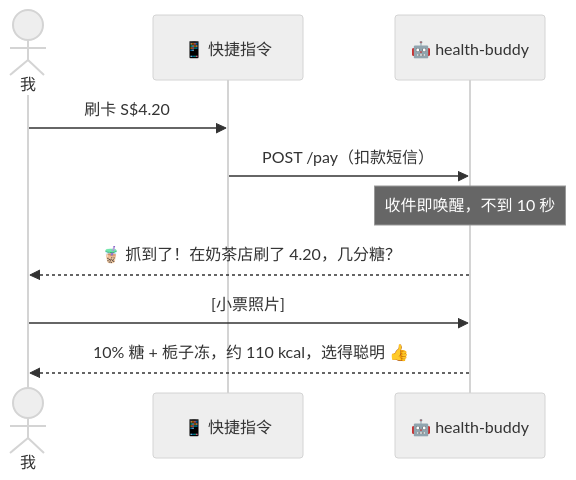
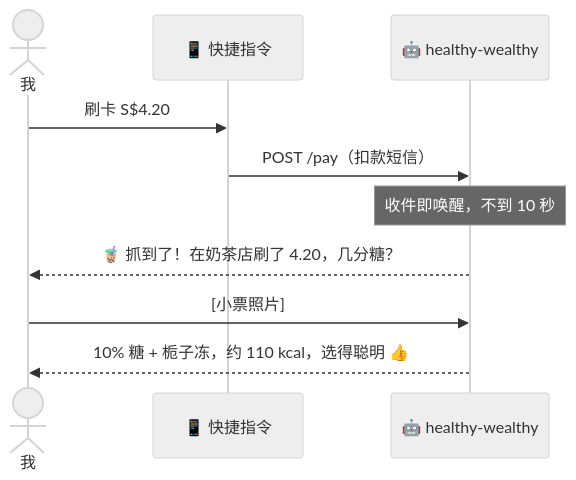
One commit to JamesNolan17/health-buddy changed the fifth of 9 diagrams in README.md. Above: the diagram before and after it, drawn with Mermaid (neutral theme). The commit also changed other lines of this file and 21 other files, not shown here.

First line of the commit message:
Rename to healthy-wealthy (身家管家); four feature GIFs; one-database section

````diff
--- a/README.md
+++ b/README.md
@@ -229,12 +277,12 @@
 ```mermaid
 sequenceDiagram
     actor U as 我
     participant S as 📱 快捷指令
-    participant H as 🤖 health-buddy
+    participant H as 🤖 healthy-wealthy
     U->>S: 刷卡 S$4.20
     S->>H: POST /pay（扣款短信）
     Note over H: 收件即唤醒，不到 10 秒
     H-->>U: 🧋 抓到了！在奶茶店刷了 4.20，几分糖？
     U->>H: [小票照片]
     H-->>U: 10% 糖 + 栀子冻，约 110 kcal，选得聪明 👍
 ```
````
